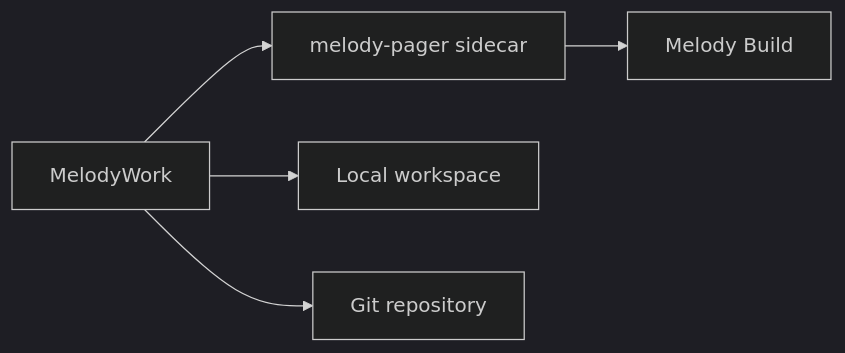
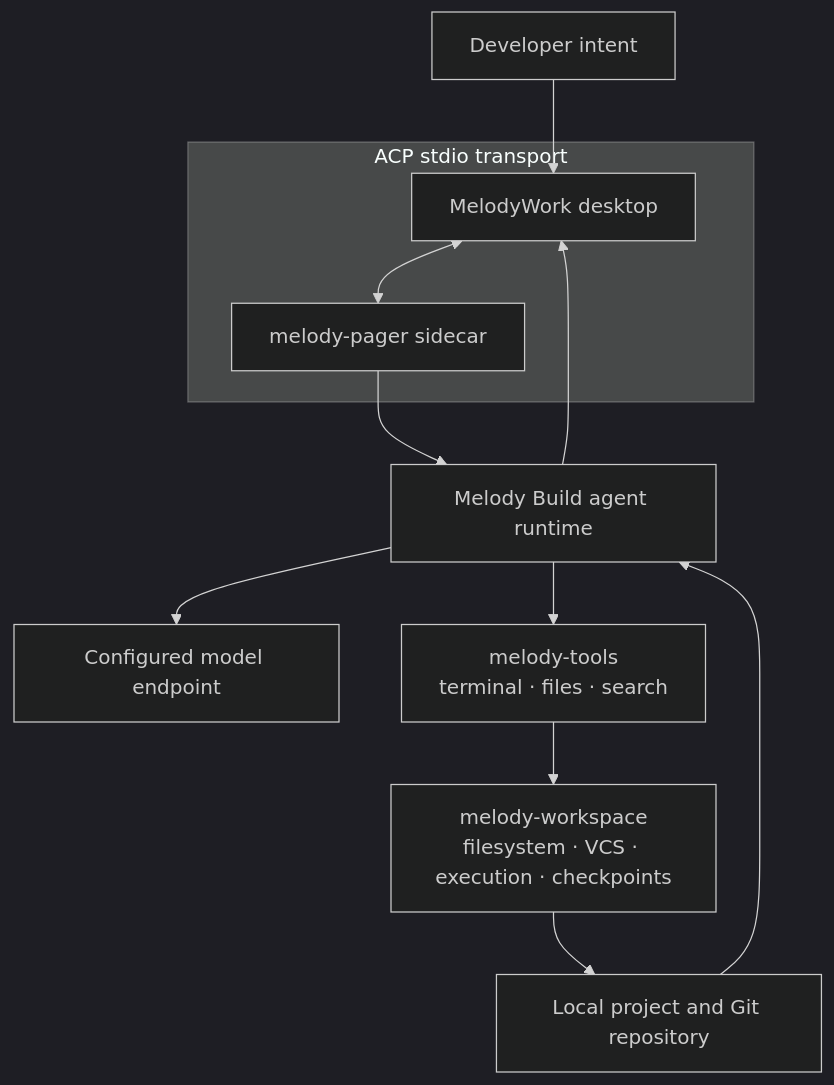
One commit to Lhy723/MelodyWork changed the diagram in README.md. Above: the diagram before and after it, drawn with Mermaid (dark theme). The commit also changed other lines of this file and 1 other file, not shown here.

Commit message:
docs: explain Melody Build execution model

````diff
--- a/README.md
+++ b/README.md
@@ -23,7 +25,16 @@
 ```mermaid
-flowchart LR
-  app["MelodyWork"] --> pager["melody-pager sidecar"]
-  pager --> melody["Melody Build"]
-  app --> workspace["Local workspace"]
-  app --> git["Git repository"]
+flowchart TD
+  user["Developer intent"] --> app["MelodyWork desktop"]
+
+  subgraph transport["ACP stdio transport"]
+    app <--> pager["melody-pager sidecar"]
+  end
+
+  pager --> runtime["Melody Build agent runtime"]
+  runtime --> model["Configured model endpoint"]
+  runtime --> tools["melody-tools\nterminal · files · search"]
+  tools --> workspace["melody-workspace\nfilesystem · VCS · execution · checkpoints"]
+  workspace --> repo["Local project and Git repository"]
+  repo --> runtime
+  runtime --> app
 ```
````
